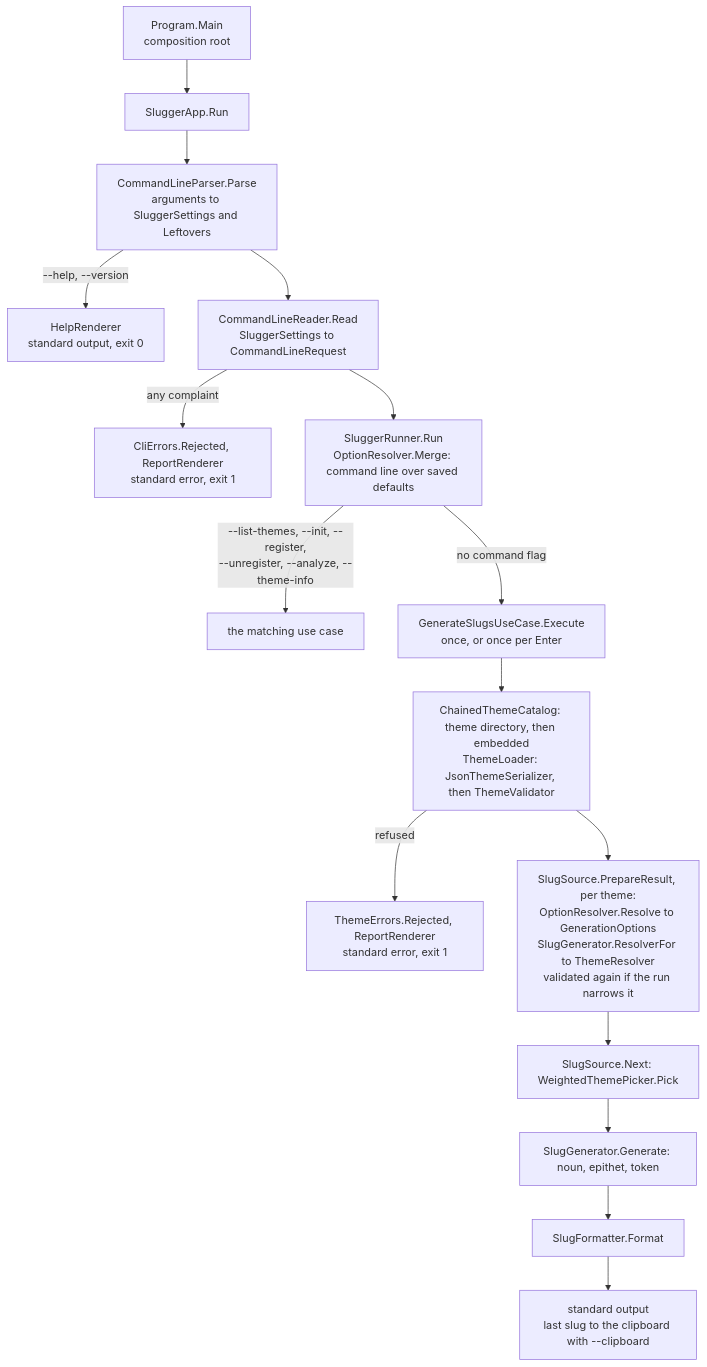
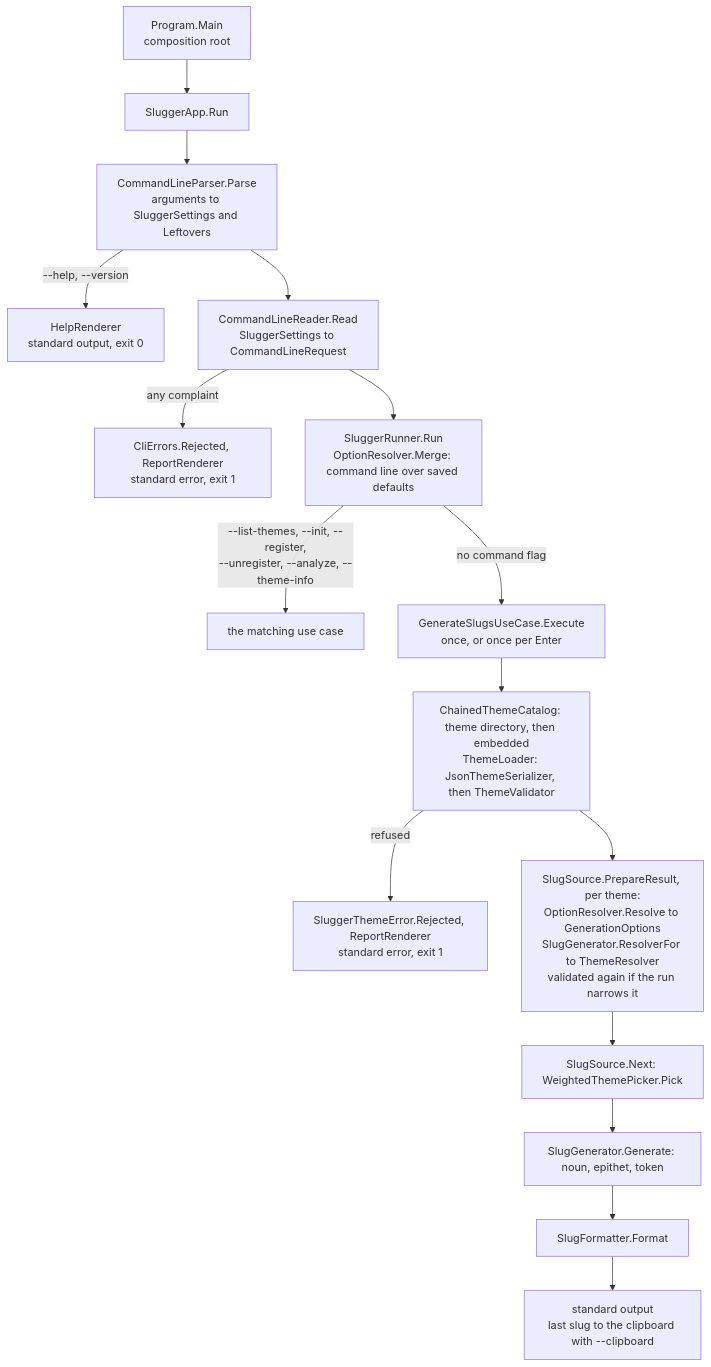
The diagram in docs/architecture.md (Reefact/slugger), drawn with Mermaid before and after one commit. The commit also changed other lines of this file and 55 other files, not shown here.

First line of the commit message:
feat(lib)!: report a refused theme as a SluggerThemeError

````diff
--- a/docs/architecture.md
+++ b/docs/architecture.md
@@ -104,18 +104,18 @@
 ```mermaid
 flowchart TD
     main["Program.Main<br/>composition root"] --> app["SluggerApp.Run"]
     app --> parser["CommandLineParser.Parse<br/>arguments to SluggerSettings and Leftovers"]
     parser -->|"--help, --version"| answered["HelpRenderer<br/>standard output, exit 0"]
     parser --> reader["CommandLineReader.Read<br/>SluggerSettings to CommandLineRequest"]
     reader -->|"any complaint"| refused["CliErrors.Rejected, ReportRenderer<br/>standard error, exit 1"]
     reader --> runner["SluggerRunner.Run<br/>OptionResolver.Merge: command line over saved defaults"]
     runner -->|"--list-themes, --init, --register,<br/>--unregister, --analyze, --theme-info"| other["the matching use case"]
     runner -->|"no command flag"| generate["GenerateSlugsUseCase.Execute<br/>once, or once per Enter"]
     generate --> load["ChainedThemeCatalog: theme directory, then embedded<br/>ThemeLoader: JsonThemeSerializer, then ThemeValidator"]
-    load -->|"refused"| themeRefused["ThemeErrors.Rejected, ReportRenderer<br/>standard error, exit 1"]
+    load -->|"refused"| themeRefused["SluggerThemeError.Rejected, ReportRenderer<br/>standard error, exit 1"]
     load --> prepare["SlugSource.PrepareResult, per theme:<br/>OptionResolver.Resolve to GenerationOptions<br/>SlugGenerator.ResolverFor to ThemeResolver<br/>validated again if the run narrows it"]
     prepare --> pick["SlugSource.Next: WeightedThemePicker.Pick"]
     pick --> draw["SlugGenerator.Generate: noun, epithet, token"]
     draw --> format["SlugFormatter.Format"]
     format --> out["standard output<br/>last slug to the clipboard with --clipboard"]
 ```
````
